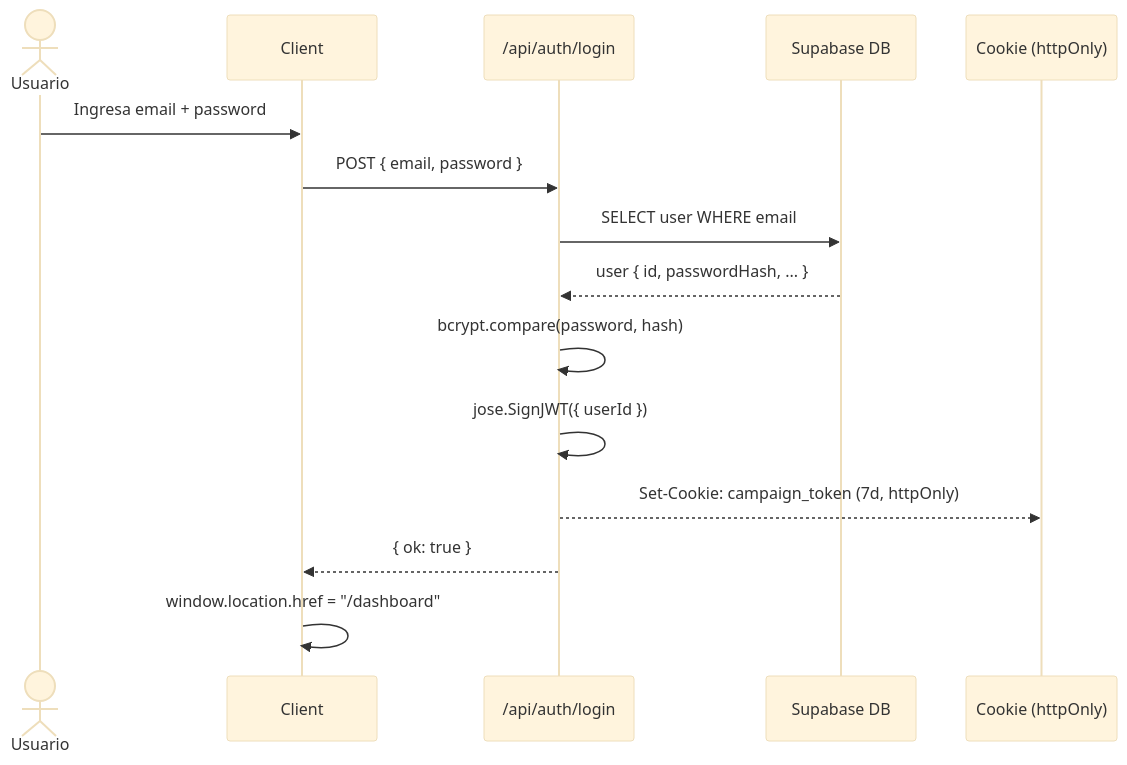
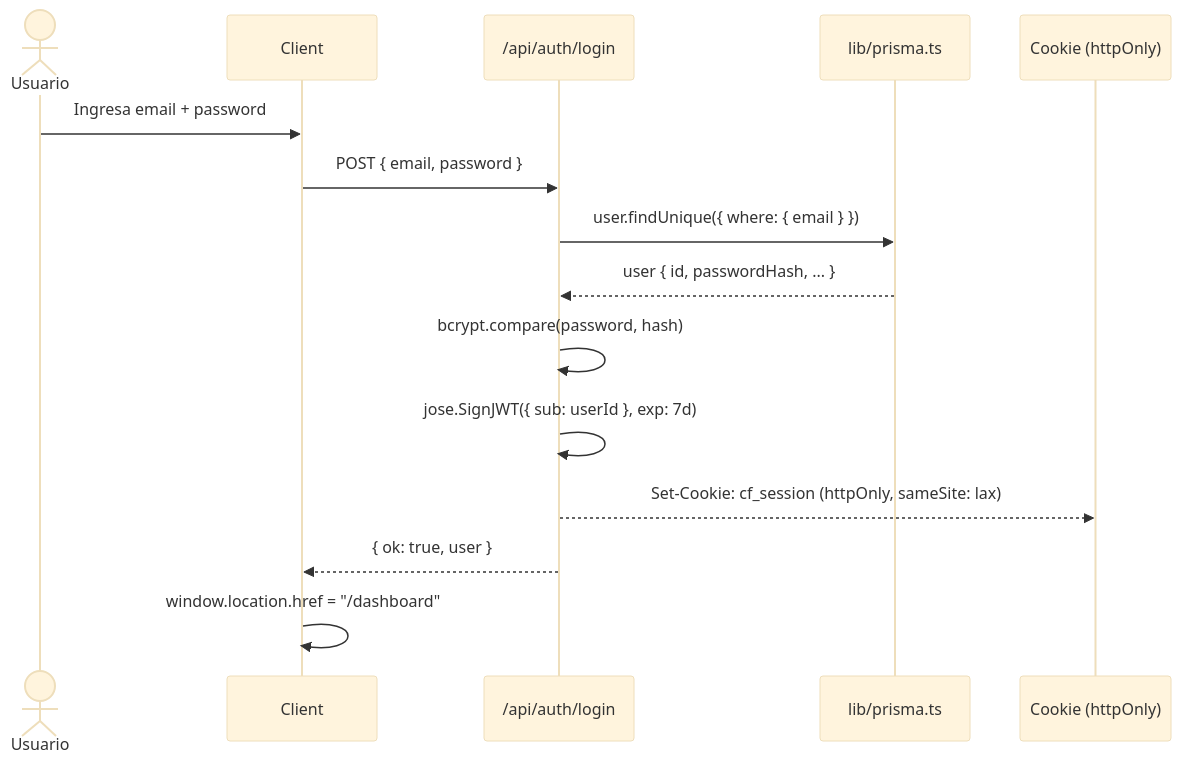
One commit to Xenov2030/campaign-forge changed the second of 5 diagrams in .docs/02_tecnico.md. Above: the diagram before and after it, drawn with Mermaid (base theme). The commit also changed other lines of this file, not shown here.

````diff
--- a/.docs/02_tecnico.md
+++ b/.docs/02_tecnico.md
@@ -74,18 +85,18 @@
 ```mermaid
 sequenceDiagram
     actor U as Usuario
     participant C as Client
     participant API as /api/auth/login
-    participant DB as Supabase DB
+    participant P as lib/prisma.ts
     participant CK as Cookie (httpOnly)
 
     U->>C: Ingresa email + password
     C->>API: POST { email, password }
-    API->>DB: SELECT user WHERE email
-    DB-->>API: user { id, passwordHash, ... }
+    API->>P: user.findUnique({ where: { email } })
+    P-->>API: user { id, passwordHash, ... }
     API->>API: bcrypt.compare(password, hash)
-    API->>API: jose.SignJWT({ userId })
-    API-->>CK: Set-Cookie: campaign_token (7d, httpOnly)
-    API-->>C: { ok: true }
+    API->>API: jose.SignJWT({ sub: userId }, exp: 7d)
+    API-->>CK: Set-Cookie: cf_session (httpOnly, sameSite: lax)
+    API-->>C: { ok: true, user }
     C->>C: window.location.href = "/dashboard"
 ```
````
